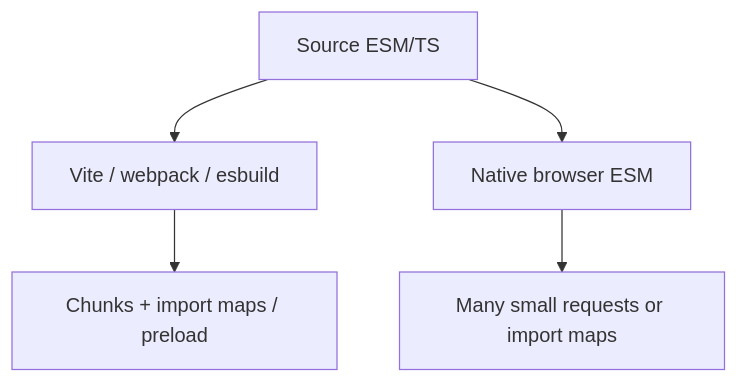
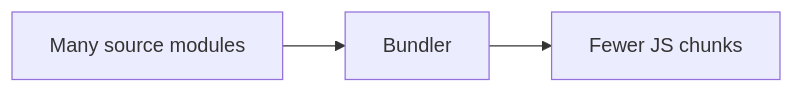
The fifth of 5 diagrams in docs/javascript/13-modules.md (prajjwaljogdand/FullstackPreparation), drawn with Mermaid before and after one commit. The commit also changed other lines of this file and 91 other files, not shown here.

````diff
--- a/docs/javascript/13-modules.md
+++ b/docs/javascript/13-modules.md
@@ -178,7 +615,5 @@
 ```mermaid
-flowchart TB
-  src["Source ESM/TS"] --> bundler["Vite / webpack / esbuild"]
-  bundler --> chunks["Chunks + import maps / preload"]
-  src --> native["Native browser ESM"]
-  native --> http2["Many small requests or import maps"]
+flowchart LR
+  src["Many source modules"] --> bundler["Bundler"]
+  bundler --> out["Fewer JS chunks"]
 ```
````
